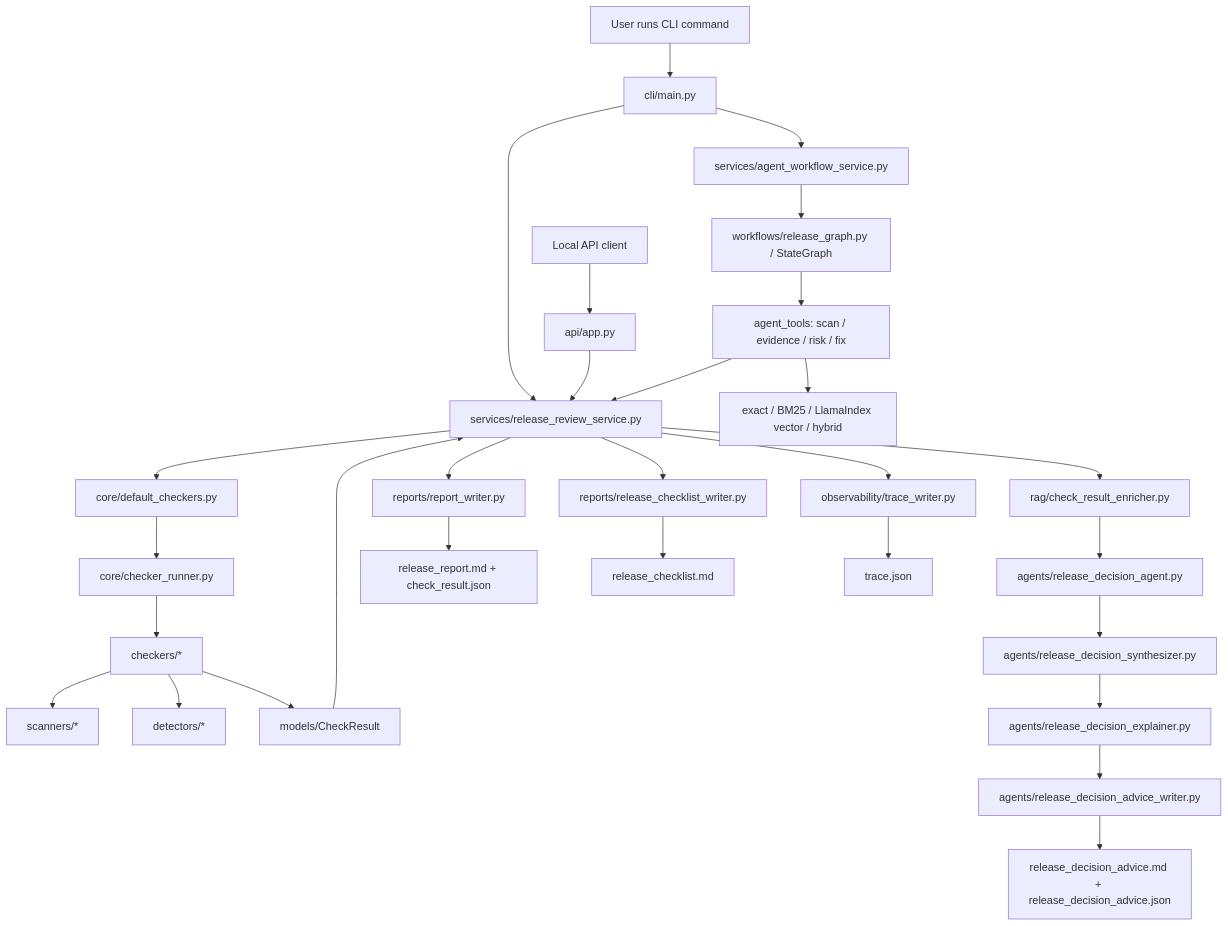
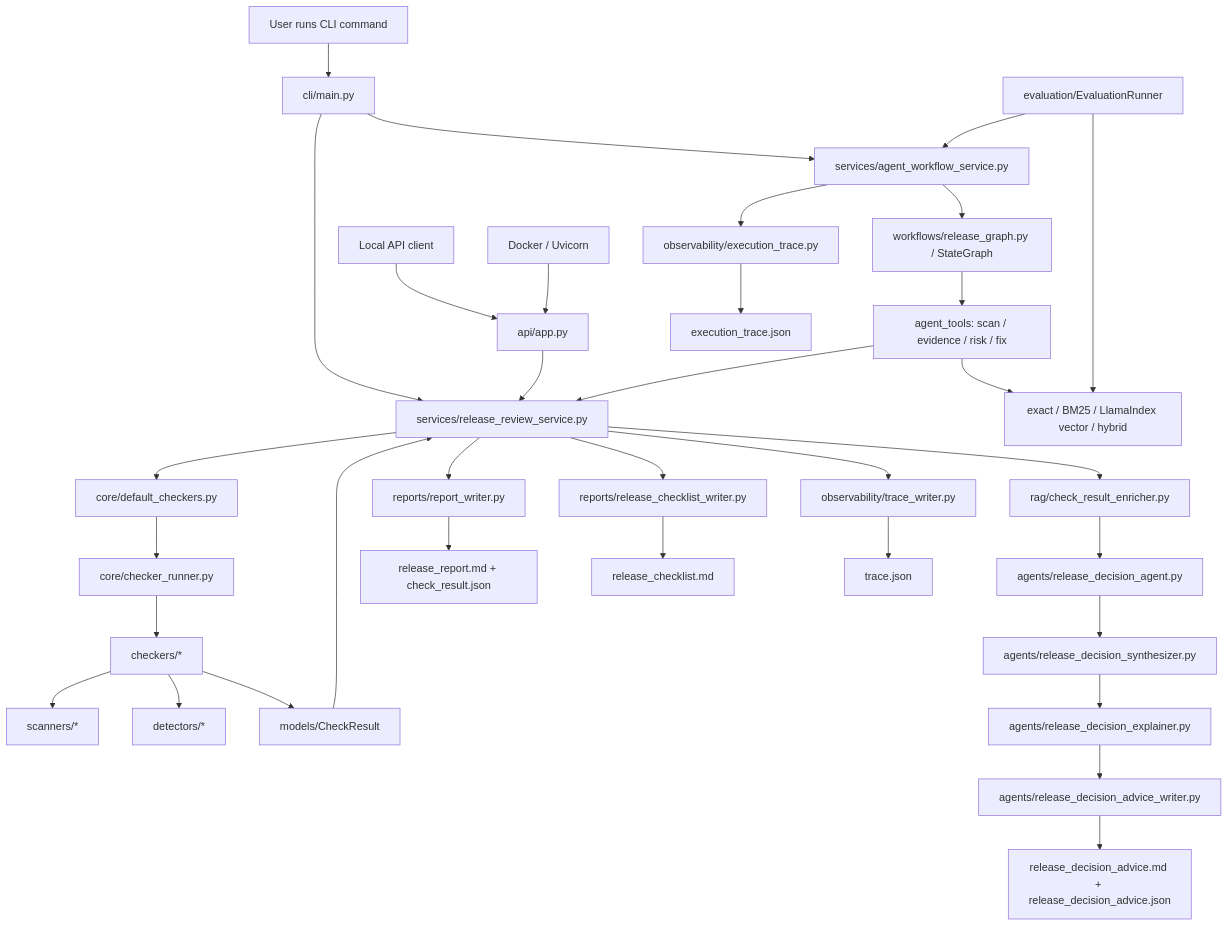
Before and after one commit to shenyuoo7/releaseguard-agent: the diagram in docs/architecture/current-architecture.md, drawn with Mermaid. The commit also changed other lines of this file and 10 other files, not shown here.

````diff
--- a/docs/architecture/current-architecture.md
+++ b/docs/architecture/current-architecture.md
@@ -43,39 +43,44 @@
 ```mermaid
 flowchart TD
     User["User runs CLI command"] --> CLI["cli/main.py"]
     APIUser["Local API client"] --> API["api/app.py"]
 
     CLI --> Service["services/release_review_service.py"]
     API --> Service
     Service --> RunnerFactory["core/default_checkers.py"]
     RunnerFactory --> Runner["core/checker_runner.py"]
 
     Runner --> Checkers["checkers/*"]
     Checkers --> Scanners["scanners/*"]
     Checkers --> Detectors["detectors/*"]
 
     Checkers --> Results["models/CheckResult"]
 
     Results --> Service
     Service --> ReportWriter["reports/report_writer.py"]
     Service --> ChecklistWriter["reports/release_checklist_writer.py"]
     Service --> RAG["rag/check_result_enricher.py"]
 
     RAG --> Agent["agents/release_decision_agent.py"]
     Agent --> Synthesizer["agents/release_decision_synthesizer.py"]
     Synthesizer --> Explainer["agents/release_decision_explainer.py"]
     Explainer --> AdviceWriter["agents/release_decision_advice_writer.py"]
 
     Service --> TraceWriter["observability/trace_writer.py"]
 
     CLI --> GraphService["services/agent_workflow_service.py"]
     GraphService --> Graph["workflows/release_graph.py / StateGraph"]
     Graph --> Tools["agent_tools: scan / evidence / risk / fix"]
     Tools --> Service
     Tools --> HybridRAG["exact / BM25 / LlamaIndex vector / hybrid"]
 
     ReportWriter --> ReportArtifacts["release_report.md + check_result.json"]
     ChecklistWriter --> ChecklistArtifact["release_checklist.md"]
     AdviceWriter --> AdviceArtifacts["release_decision_advice.md + release_decision_advice.json"]
     TraceWriter --> TraceArtifact["trace.json"]
+    GraphService --> ExecutionTracer["observability/execution_trace.py"]
+    ExecutionTracer --> ExecutionTrace["execution_trace.json"]
+    Eval["evaluation/EvaluationRunner"] --> HybridRAG
+    Eval --> GraphService
+    Container["Docker / Uvicorn"] --> API
 ```
````
